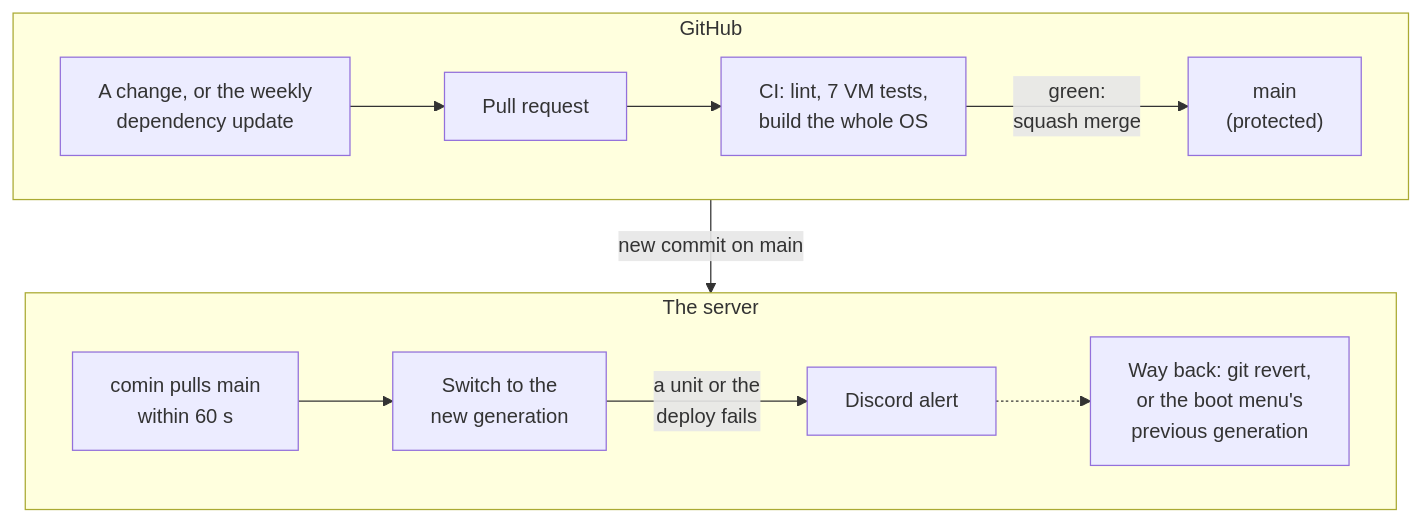
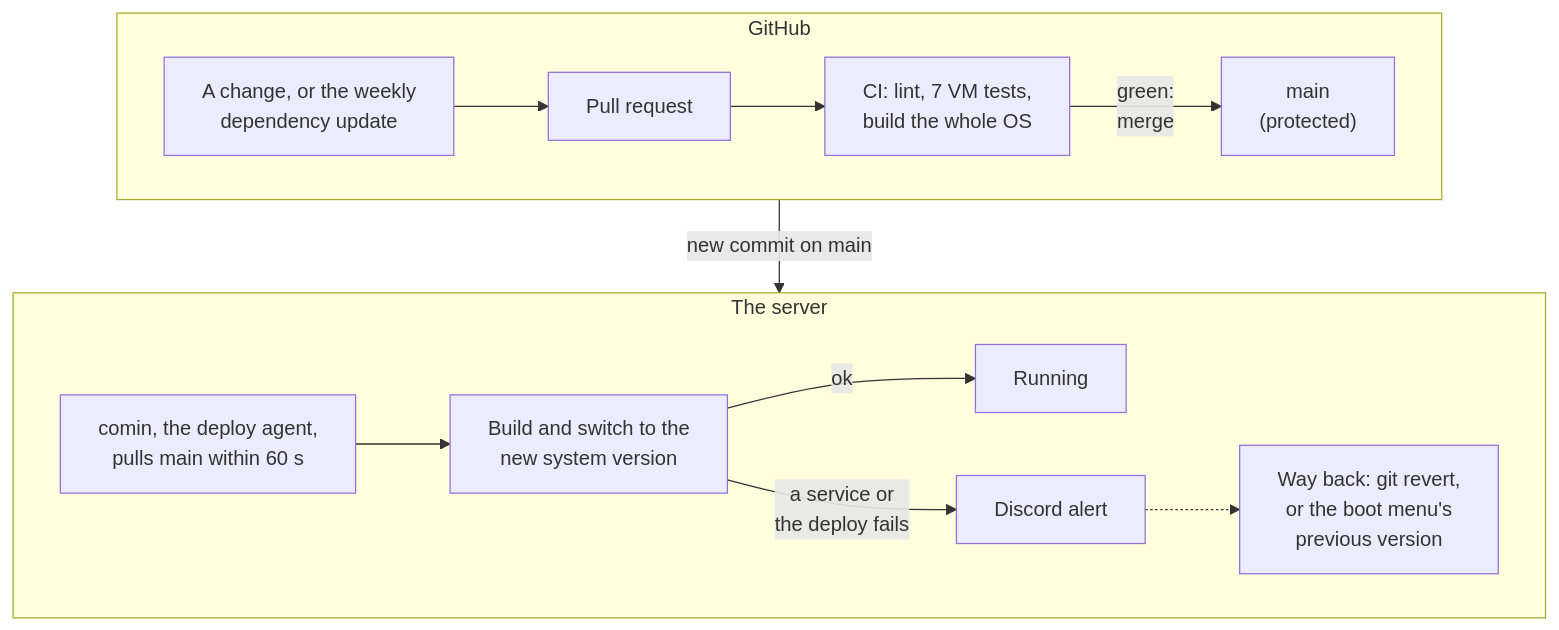
Before and after one commit to alexCranfield/nixos-homeserver: the first of 2 diagrams in README.md, drawn with Mermaid. The commit also changed other lines of this file, not shown here.

````diff
--- a/README.md
+++ b/README.md
@@ -16,20 +17,22 @@
 ```mermaid
 flowchart TD
     subgraph github["GitHub"]
         direction LR
         bot["A change, or the weekly<br/>dependency update"]
         pr["Pull request"]
         ci["CI: lint, 7 VM tests,<br/>build the whole OS"]
         main["main<br/>(protected)"]
-        bot --> pr --> ci -->|"green:<br/>squash merge"| main
+        bot --> pr --> ci -->|"green:<br/>merge"| main
     end
     subgraph nuc["The server"]
         direction LR
-        comin["comin pulls main<br/>within 60 s"]
-        switch["Switch to the<br/>new generation"]
+        comin["comin, the deploy agent,<br/>pulls main within 60 s"]
+        switch["Build and switch to the<br/>new system version"]
+        running["Running"]
         alert["Discord alert"]
-        back["Way back: git revert,<br/>or the boot menu's<br/>previous generation"]
-        comin --> switch -->|"a unit or the<br/>deploy fails"| alert -.-> back
+        back["Way back: git revert,<br/>or the boot menu's<br/>previous version"]
+        comin --> switch -->|ok| running
+        switch -->|"a service or<br/>the deploy fails"| alert -.-> back
     end
     github -->|"new commit on main"| nuc
 ```
````
